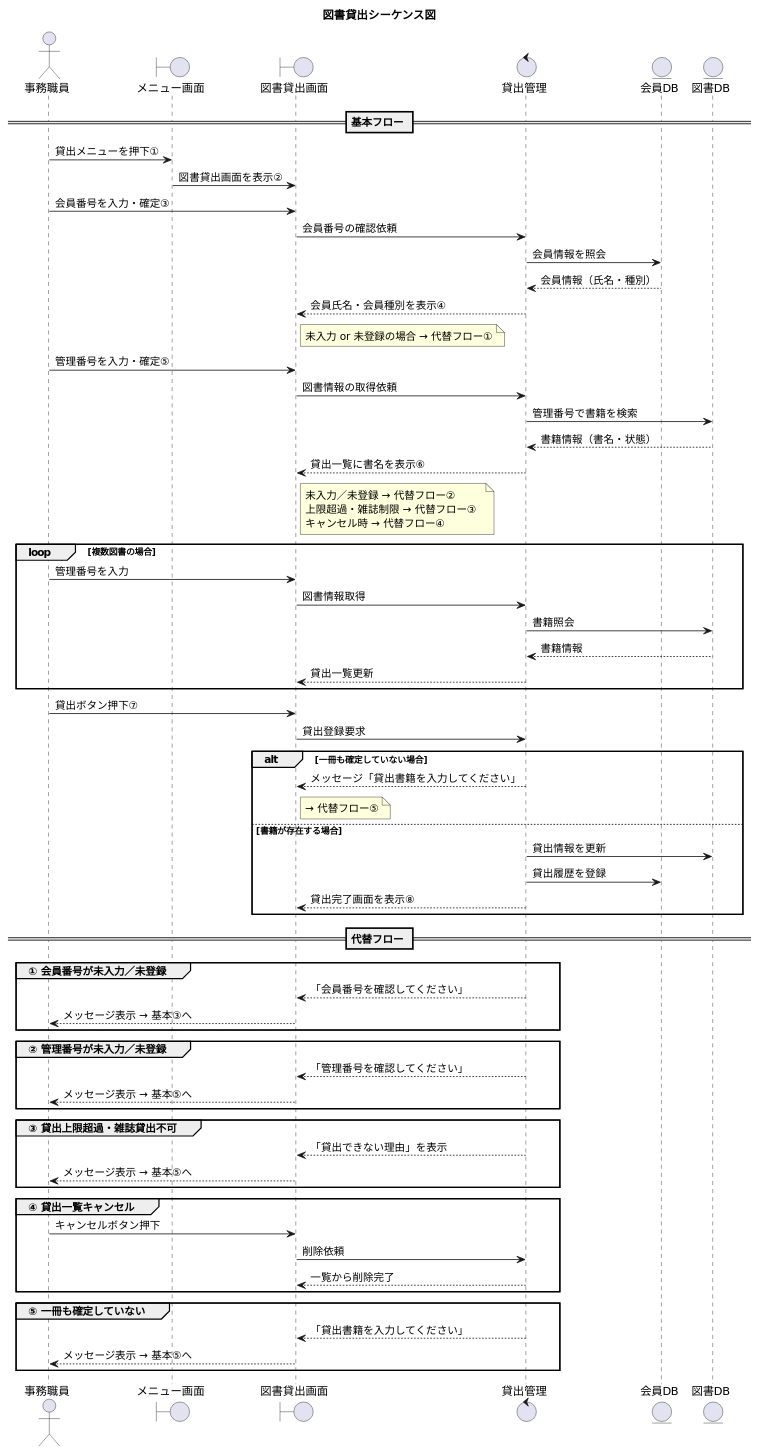
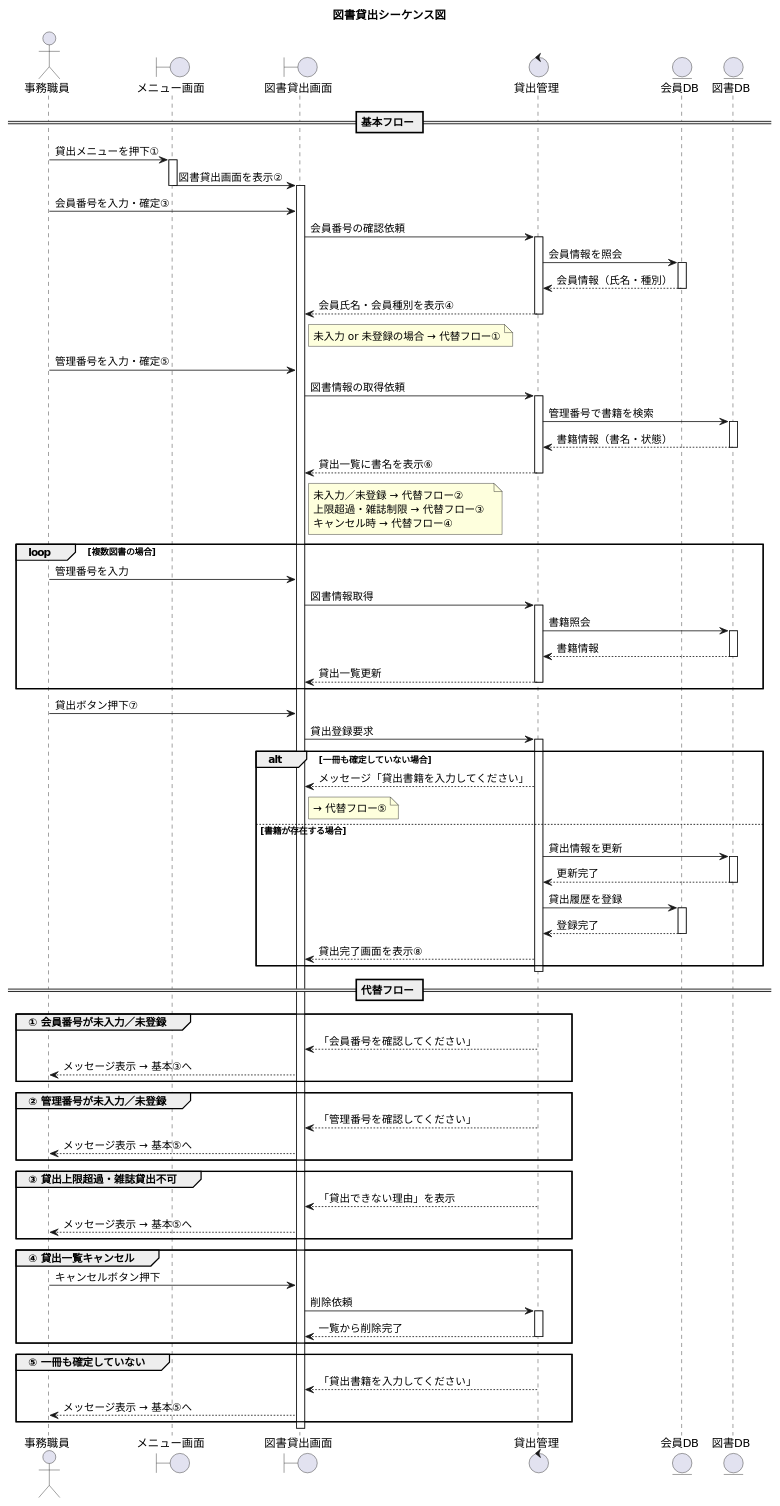
One commit to ghbuser12/ohara_uml changed the diagram in kouka2_library/sequence_02_lending.pu. Above: the diagram before and after it, drawn with PlantUML.

```diff
--- a/kouka2_library/sequence_02_lending.pu
+++ b/kouka2_library/sequence_02_lending.pu
@@ -1,84 +1,110 @@
 @startuml 図書貸出シーケンス図
 title 図書貸出シーケンス図
 
 actor 事務職員 as Staff
 boundary メニュー画面 as Menu
 boundary 図書貸出画面 as BorrowScreen
 control 貸出管理 as BorrowCtrl
 entity 会員DB as MemberDB
 entity 図書DB as BookDB
 
 == 基本フロー ==
 
 Staff -> Menu : 貸出メニューを押下①
+activate Menu
 Menu -> BorrowScreen : 図書貸出画面を表示②
+deactivate Menu
+activate BorrowScreen
 
 Staff -> BorrowScreen : 会員番号を入力・確定③
 BorrowScreen -> BorrowCtrl : 会員番号の確認依頼
+activate BorrowCtrl
 BorrowCtrl -> MemberDB : 会員情報を照会
+activate MemberDB
 MemberDB --> BorrowCtrl : 会員情報（氏名・種別）
+deactivate MemberDB
 BorrowCtrl --> BorrowScreen : 会員氏名・会員種別を表示④
+deactivate BorrowCtrl
 note right of BorrowScreen
 未入力 or 未登録の場合 → 代替フロー①
 end note
 
 Staff -> BorrowScreen : 管理番号を入力・確定⑤
 BorrowScreen -> BorrowCtrl : 図書情報の取得依頼
+activate BorrowCtrl
 BorrowCtrl -> BookDB : 管理番号で書籍を検索
+activate BookDB
 BookDB --> BorrowCtrl : 書籍情報（書名・状態）
+deactivate BookDB
 BorrowCtrl --> BorrowScreen : 貸出一覧に書名を表示⑥
+deactivate BorrowCtrl
 note right of BorrowScreen
 未入力／未登録 → 代替フロー②  
 上限超過・雑誌制限 → 代替フロー③  
 キャンセル時 → 代替フロー④
 end note
 
 loop 複数図書の場合
   Staff -> BorrowScreen : 管理番号を入力
   BorrowScreen -> BorrowCtrl : 図書情報取得
+  activate BorrowCtrl
   BorrowCtrl -> BookDB : 書籍照会
+  activate BookDB
   BookDB --> BorrowCtrl : 書籍情報
+  deactivate BookDB
   BorrowCtrl --> BorrowScreen : 貸出一覧更新
+  deactivate BorrowCtrl
 end
 
 Staff -> BorrowScreen : 貸出ボタン押下⑦
 BorrowScreen -> BorrowCtrl : 貸出登録要求
+activate BorrowCtrl
 alt 一冊も確定していない場合
   BorrowCtrl --> BorrowScreen : メッセージ「貸出書籍を入力してください」
   note right of BorrowScreen
   → 代替フロー⑤
   end note
 else 書籍が存在する場合
   BorrowCtrl -> BookDB : 貸出情報を更新
+  activate BookDB
+  BookDB --> BorrowCtrl : 更新完了
+  deactivate BookDB
   BorrowCtrl -> MemberDB : 貸出履歴を登録
+  activate MemberDB
+  MemberDB --> BorrowCtrl : 登録完了
+  deactivate MemberDB
   BorrowCtrl --> BorrowScreen : 貸出完了画面を表示⑧
 end
+deactivate BorrowCtrl
 
 == 代替フロー ==
+
 group ① 会員番号が未入力／未登録
   BorrowCtrl --> BorrowScreen : 「会員番号を確認してください」
   BorrowScreen --> Staff : メッセージ表示 → 基本③へ
 end
 
 group ② 管理番号が未入力／未登録
   BorrowCtrl --> BorrowScreen : 「管理番号を確認してください」
   BorrowScreen --> Staff : メッセージ表示 → 基本⑤へ
 end
 
 group ③ 貸出上限超過・雑誌貸出不可
   BorrowCtrl --> BorrowScreen : 「貸出できない理由」を表示
   BorrowScreen --> Staff : メッセージ表示 → 基本⑤へ
 end
 
 group ④ 貸出一覧キャンセル
   Staff -> BorrowScreen : キャンセルボタン押下
   BorrowScreen -> BorrowCtrl : 削除依頼
+  activate BorrowCtrl
   BorrowCtrl --> BorrowScreen : 一覧から削除完了
+  deactivate BorrowCtrl
 end
 
 group ⑤ 一冊も確定していない
   BorrowCtrl --> BorrowScreen : 「貸出書籍を入力してください」
   BorrowScreen --> Staff : メッセージ表示 → 基本⑤へ
 end
 
 @enduml
```
